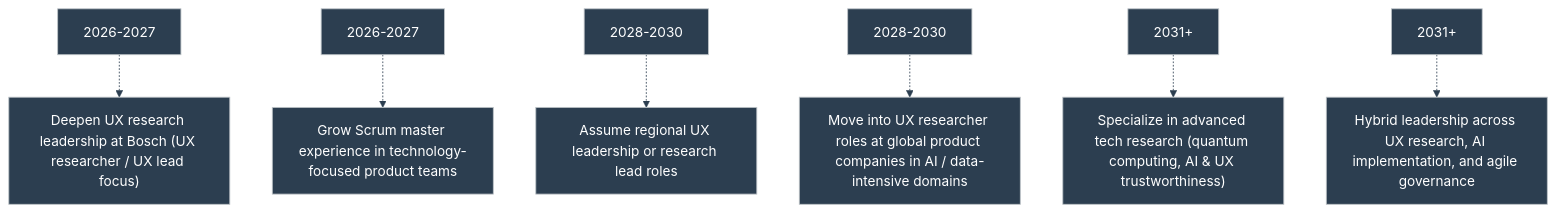
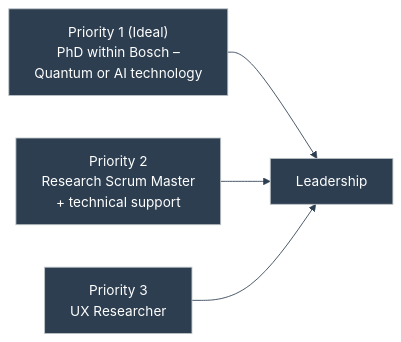
Diagram 11 of 11 in portfolio/mermaid/diagrams.md (duducm2/my-personal-repo), drawn with Mermaid before and after one commit. The commit also changed other lines of this file and 1 other file, not shown here.

Commit message:
Update portfolio deck and Mermaid diagrams to reflect changes in career aspirations, emphasizing prioritized paths to leadership. Adjusted slide titles and descriptions for clarity and relevance.

````diff
--- a/portfolio/mermaid/diagrams.md
+++ b/portfolio/mermaid/diagrams.md
@@ -198,10 +197,11 @@
 ```mermaid
 %%{init: {'theme': 'base', 'themeVariables': { 'primaryColor': '#2c3e50', 'primaryTextColor': '#fff', 'primaryBorderColor': '#bdc3c7', 'lineColor': '#2c3e50', 'fontFamily': 'Lato'}}}%%
-flowchart TD
-  D1["2026-2027"] -.-> E1["Deepen UX research leadership at Bosch (UX researcher / UX lead focus)"]
-  D2["2026-2027"] -.-> E2["Grow Scrum master experience in technology-focused product teams"]
-  D3["2028-2030"] -.-> E3["Assume regional UX leadership or research lead roles"]
-  D4["2028-2030"] -.-> E4["Move into UX researcher roles at global product companies in AI / data-intensive domains"]
-  D5["2031+"] -.-> E5["Specialize in advanced tech research (quantum computing, AI & UX trustworthiness)"]
-  D6["2031+"] -.-> E6["Hybrid leadership across UX research, AI implementation, and agile governance"]
+flowchart LR
+  P1["Priority 1 (Ideal)<br/>PhD within Bosch –<br/>Quantum or AI technology"]
+  P2["Priority 2<br/>Research Scrum Master<br/>+ technical support"]
+  P3["Priority 3<br/>UX Researcher"]
+  Lead["Leadership"]
+  P1 --> Lead
+  P2 --> Lead
+  P3 --> Lead
 ```
````
